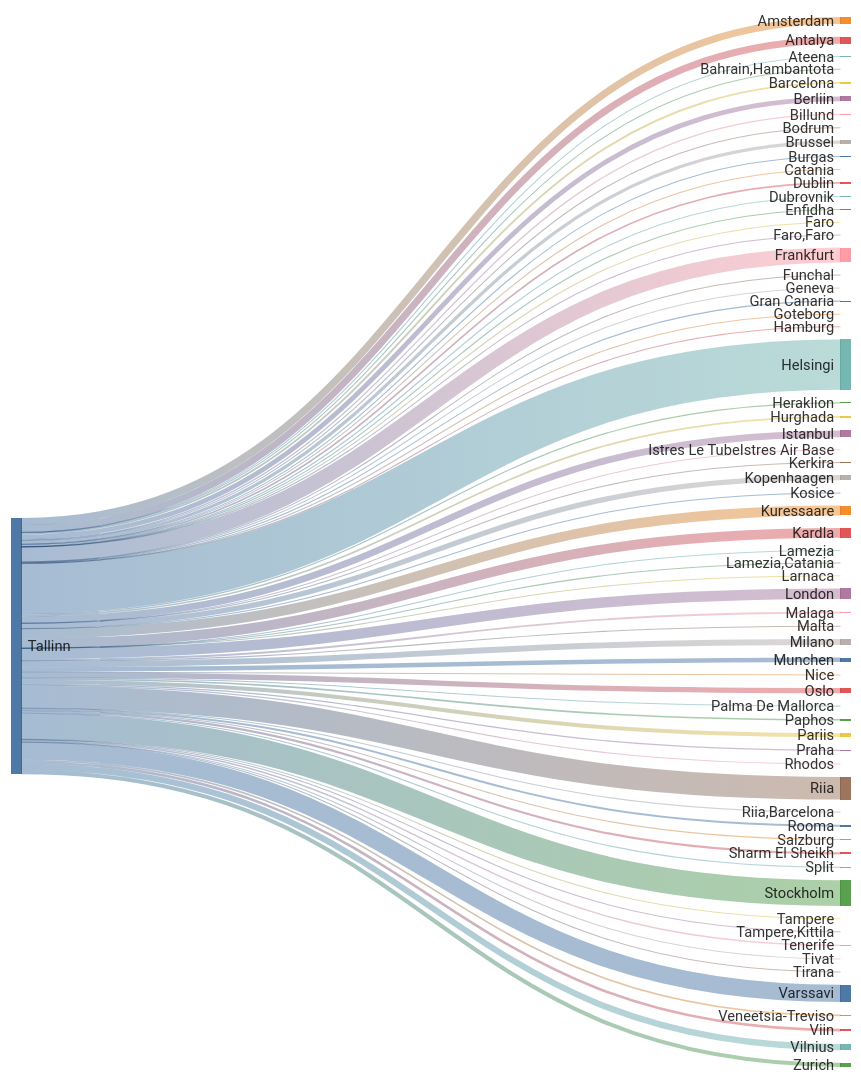
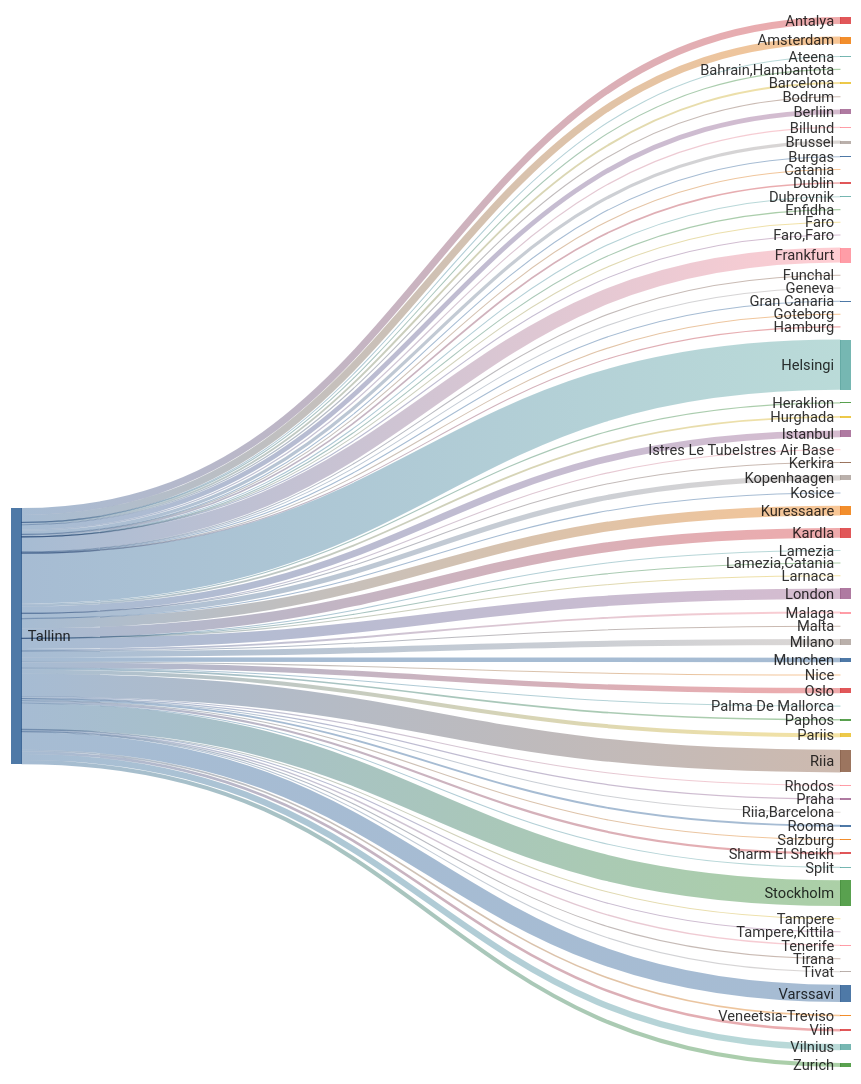
One commit to rainermesi/tll-airport-departures changed the second of 2 diagrams in README.md. Above: the diagram before and after it, drawn with Mermaid. The commit also changed other lines of this file, not shown here.

````diff
--- a/README.md
+++ b/README.md
@@ -34,77 +34,77 @@
 ```mermaid
 ---
 config:
   sankey:
     showValues: false
     width: 800
     height: 1000
 ---
 sankey-beta
 %% source,target,value
-Tallinn,Amsterdam,289
-Tallinn,Antalya,281
+Tallinn,Amsterdam,291
+Tallinn,Antalya,282
 Tallinn,Ateena,16
 Tallinn,"Bahrain,Hambantota",1
 Tallinn,Barcelona,78
-Tallinn,Berliin,193
+Tallinn,Berliin,194
 Tallinn,Billund,49
 Tallinn,Bodrum,11
 Tallinn,Brussel,130
 Tallinn,Burgas,21
 Tallinn,Catania,2
 Tallinn,Dublin,66
 Tallinn,Dubrovnik,21
 Tallinn,Enfidha,7
 Tallinn,Faro,4
 Tallinn,"Faro,Faro",1
-Tallinn,Frankfurt,600
+Tallinn,Frankfurt,603
 Tallinn,Funchal,5
 Tallinn,Geneva,12
 Tallinn,Gran Canaria,37
 Tallinn,Goteborg,1
 Tallinn,Hamburg,2
-Tallinn,Helsingi,2026
+Tallinn,Helsingi,2034
 Tallinn,Heraklion,46
 Tallinn,Hurghada,71
-Tallinn,Istanbul,272
+Tallinn,Istanbul,273
 Tallinn,Istres Le TubeIstres Air Base,2
 Tallinn,Kerkira,4
-Tallinn,Kopenhaagen,212
+Tallinn,Kopenhaagen,213
 Tallinn,Kosice,1
-Tallinn,Kuressaare,395
-Tallinn,Kardla,395
+Tallinn,Kuressaare,397
+Tallinn,Kardla,397
 Tallinn,Lamezia,1
 Tallinn,"Lamezia,Catania",3
 Tallinn,Larnaca,4
-Tallinn,London,424
-Tallinn,Malaga,78
+Tallinn,London,426
+Tallinn,Malaga,79
 Tallinn,Malta,15
-Tallinn,Milano,241
+Tallinn,Milano,242
 Tallinn,Munchen,182
 Tallinn,Nice,25
-Tallinn,Oslo,215
+Tallinn,Oslo,216
 Tallinn,Palma De Mallorca,19
-Tallinn,Paphos,64
-Tallinn,Pariis,160
+Tallinn,Paphos,65
+Tallinn,Pariis,161
 Tallinn,Praha,49
 Tallinn,Rhodos,32
-Tallinn,Riia,912
+Tallinn,Riia,916
 Tallinn,"Riia,Barcelona",1
 Tallinn,Rooma,79
 Tallinn,Salzburg,13
 Tallinn,Sharm El Sheikh,89
 Tallinn,Split,25
-Tallinn,Stockholm,1034
+Tallinn,Stockholm,1039
 Tallinn,Tampere,17
 Tallinn,"Tampere,Kittila",20
-Tallinn,Tenerife,56
+Tallinn,Tenerife,57
 Tallinn,Tirana,8
 Tallinn,Tivat,26
-Tallinn,Varssavi,699
-Tallinn,Veneetsia-Treviso,65
-Tallinn,Viin,103
-Tallinn,Vilnius,250
-Tallinn,Zurich,166
+Tallinn,Varssavi,703
+Tallinn,Veneetsia-Treviso,66
+Tallinn,Viin,104
+Tallinn,Vilnius,251
+Tallinn,Zurich,167
 
 
 ```
````
